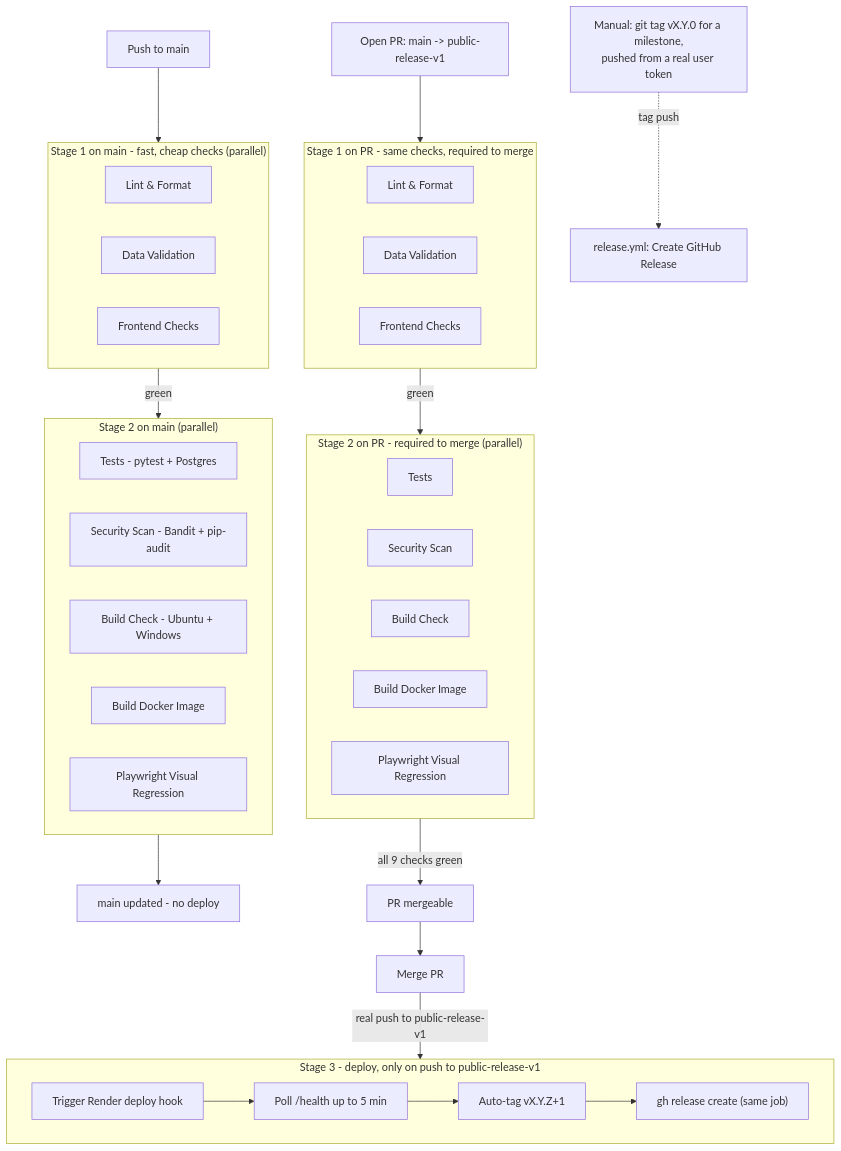
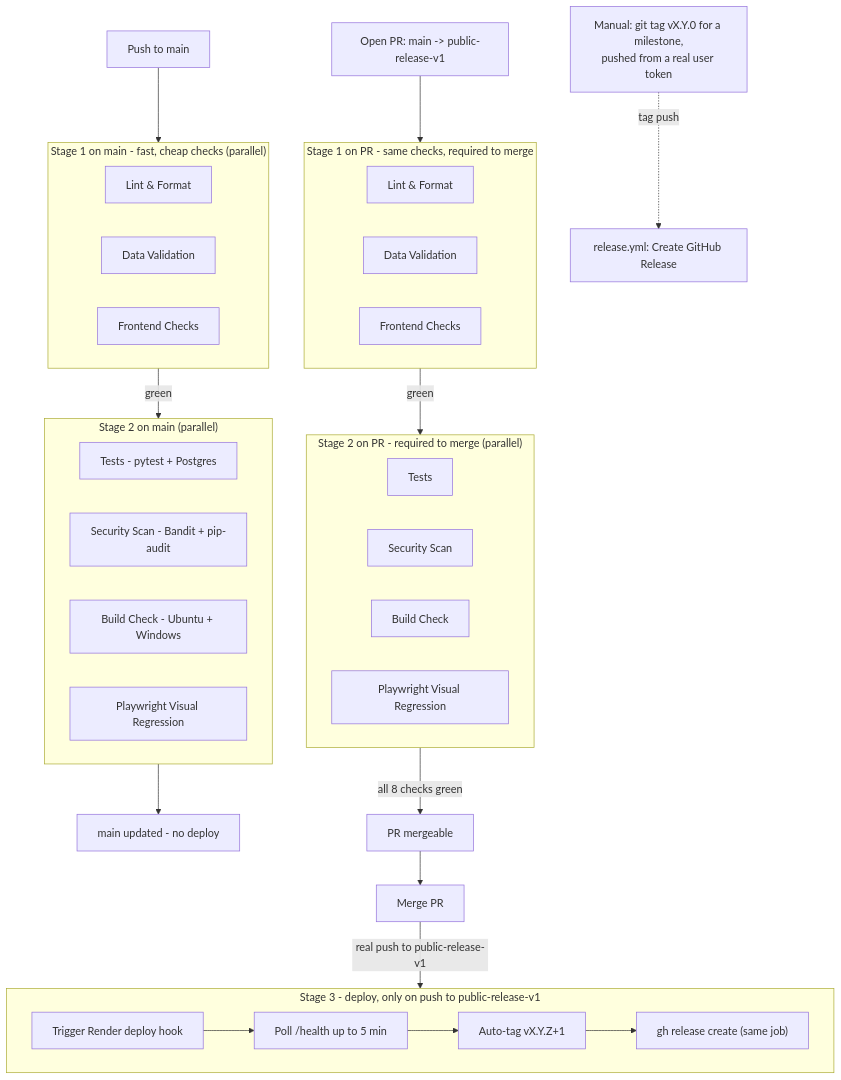
The diagram in docs/CI_CD_PIPELINE.md (nobody174/Menu-Planner), drawn with Mermaid before and after one commit. The commit also changed other lines of this file and 12 other files, not shown here.

````diff
--- a/docs/CI_CD_PIPELINE.md
+++ b/docs/CI_CD_PIPELINE.md
@@ -17,52 +17,50 @@
 ```mermaid
 flowchart TD
     pushmain["Push to main"] --> stage1
     openpr["Open PR: main -> public-release-v1"] --> stage1pr
 
     subgraph stage1["Stage 1 on main - fast, cheap checks (parallel)"]
         lint1["Lint & Format"]
         data1["Data Validation"]
         frontend1["Frontend Checks"]
     end
 
     subgraph stage1pr["Stage 1 on PR - same checks, required to merge"]
         lint2["Lint & Format"]
         data2["Data Validation"]
         frontend2["Frontend Checks"]
     end
 
     stage1 -->|green| stage2
     stage1pr -->|green| stage2pr
 
     subgraph stage2["Stage 2 on main (parallel)"]
         tests1["Tests - pytest + Postgres"]
         security1["Security Scan - Bandit + pip-audit"]
         build1["Build Check - Ubuntu + Windows"]
-        docker1["Build Docker Image"]
         pw1["Playwright Visual Regression"]
     end
 
     subgraph stage2pr["Stage 2 on PR - required to merge (parallel)"]
         tests2["Tests"]
         security2["Security Scan"]
         build2["Build Check"]
-        docker2["Build Docker Image"]
         pw2["Playwright Visual Regression"]
     end
 
     stage2 --> savedone["main updated - no deploy"]
-    stage2pr -->|all 9 checks green| mergeok["PR mergeable"]
+    stage2pr -->|all 8 checks green| mergeok["PR mergeable"]
 
     mergeok --> merge["Merge PR"]
     merge -->|real push to public-release-v1| stage3
 
     subgraph stage3["Stage 3 - deploy, only on push to public-release-v1"]
         deploy["Trigger Render deploy hook"]
         health["Poll /health up to 5 min"]
         tag["Auto-tag vX.Y.Z+1"]
         ghrelease["gh release create (same job)"]
         deploy --> health --> tag --> ghrelease
     end
 
     manualtag["Manual: git tag vX.Y.0 for a milestone,\npushed from a real user token"] -.->|tag push| release["release.yml: Create GitHub Release"]
 ```
````
